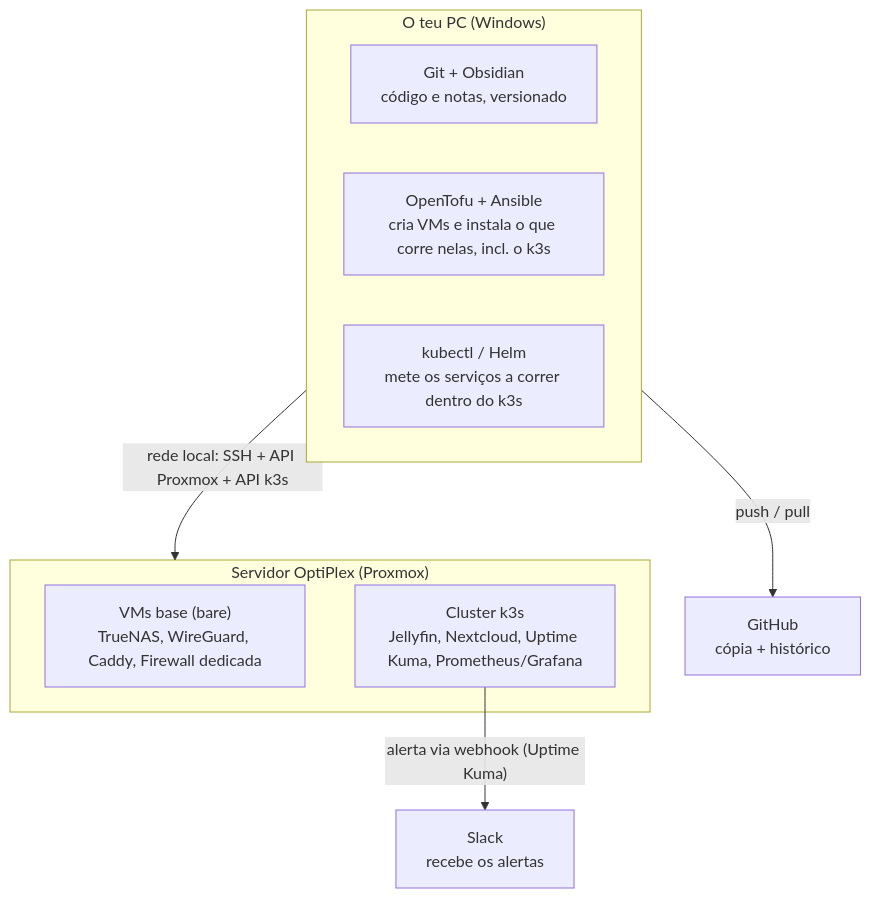
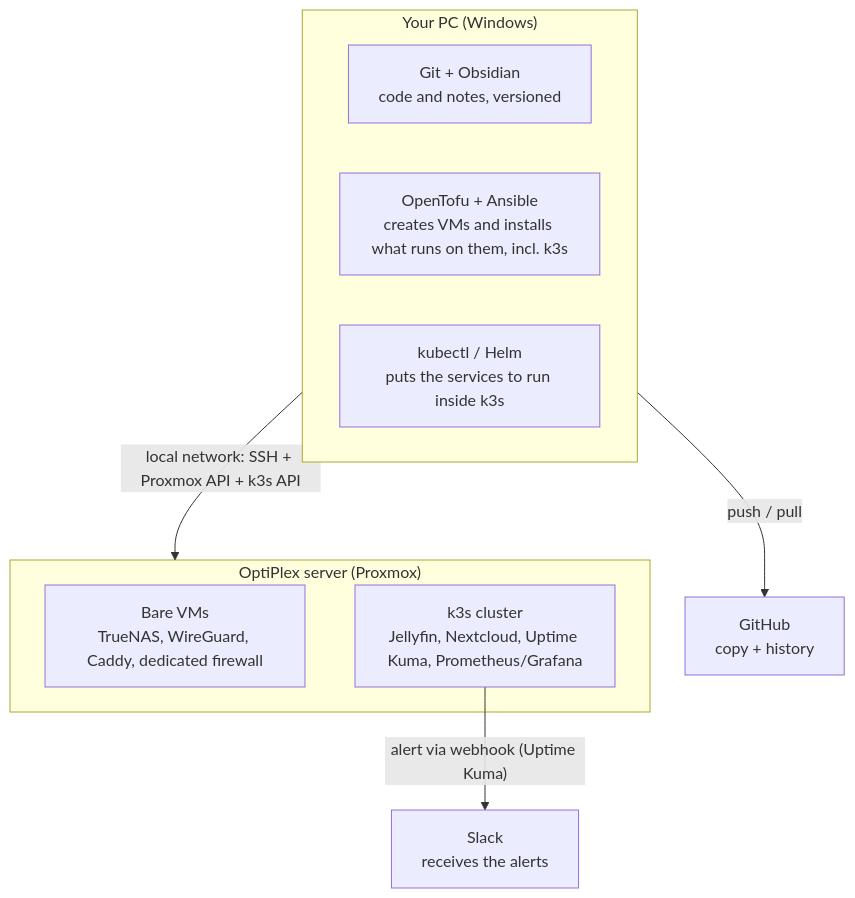
The diagram in docs/WORKFLOW.md (RuiGRMargarido/homelab), drawn with Mermaid before and after one commit. The commit also changed other lines of this file and 2 other files, not shown here.

````diff
--- a/docs/WORKFLOW.md
+++ b/docs/WORKFLOW.md
@@ -10,21 +10,21 @@
 ```mermaid
 graph TB
-    GH[GitHub<br/>cópia + histórico]
+    GH[GitHub<br/>copy + history]
 
-    subgraph PC["O teu PC (Windows)"]
-        GO["Git + Obsidian<br/>código e notas, versionado"]
-        TA["OpenTofu + Ansible<br/>cria VMs e instala o que corre nelas, incl. o k3s"]
-        KH["kubectl / Helm<br/>mete os serviços a correr dentro do k3s"]
+    subgraph PC["Your PC (Windows)"]
+        GO["Git + Obsidian<br/>code and notes, versioned"]
+        TA["OpenTofu + Ansible<br/>creates VMs and installs what runs on them, incl. k3s"]
+        KH["kubectl / Helm<br/>puts the services to run inside k3s"]
     end
 
-    subgraph OP["Servidor OptiPlex (Proxmox)"]
-        PVM["VMs base (bare)<br/>TrueNAS, WireGuard, Caddy, Firewall dedicada"]
-        K3S["Cluster k3s<br/>Jellyfin, Nextcloud, Uptime Kuma, Prometheus/Grafana"]
+    subgraph OP["OptiPlex server (Proxmox)"]
+        PVM["Bare VMs<br/>TrueNAS, WireGuard, Caddy, dedicated firewall"]
+        K3S["k3s cluster<br/>Jellyfin, Nextcloud, Uptime Kuma, Prometheus/Grafana"]
     end
 
-    SL[Slack<br/>recebe os alertas]
+    SL[Slack<br/>receives the alerts]
 
     PC -- "push / pull" --> GH
-    PC -- "rede local: SSH + API Proxmox + API k3s" --> OP
-    K3S -- "alerta via webhook (Uptime Kuma)" --> SL
+    PC -- "local network: SSH + Proxmox API + k3s API" --> OP
+    K3S -- "alert via webhook (Uptime Kuma)" --> SL
 ```
````
